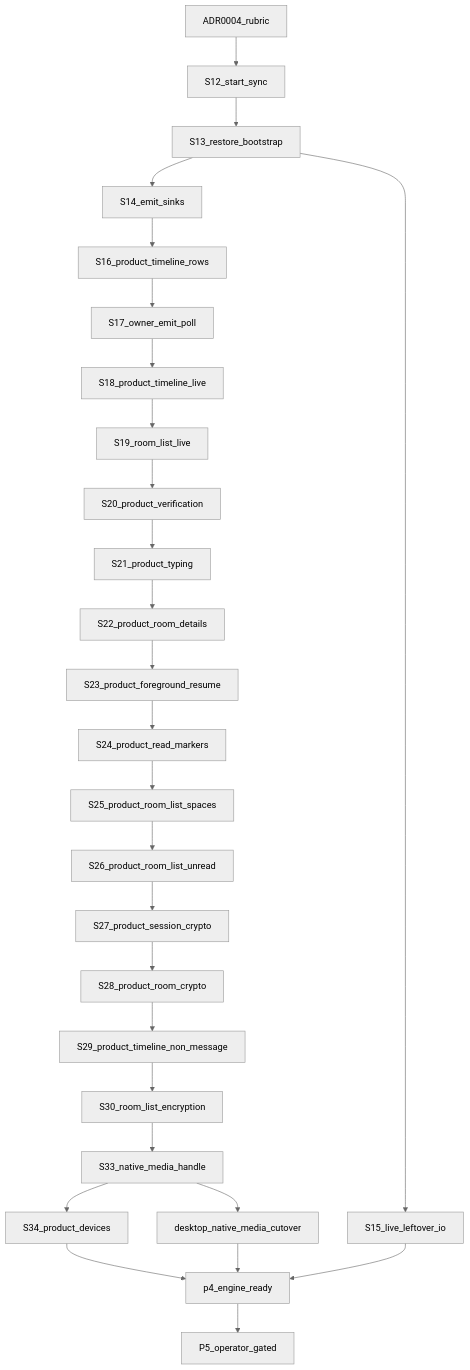
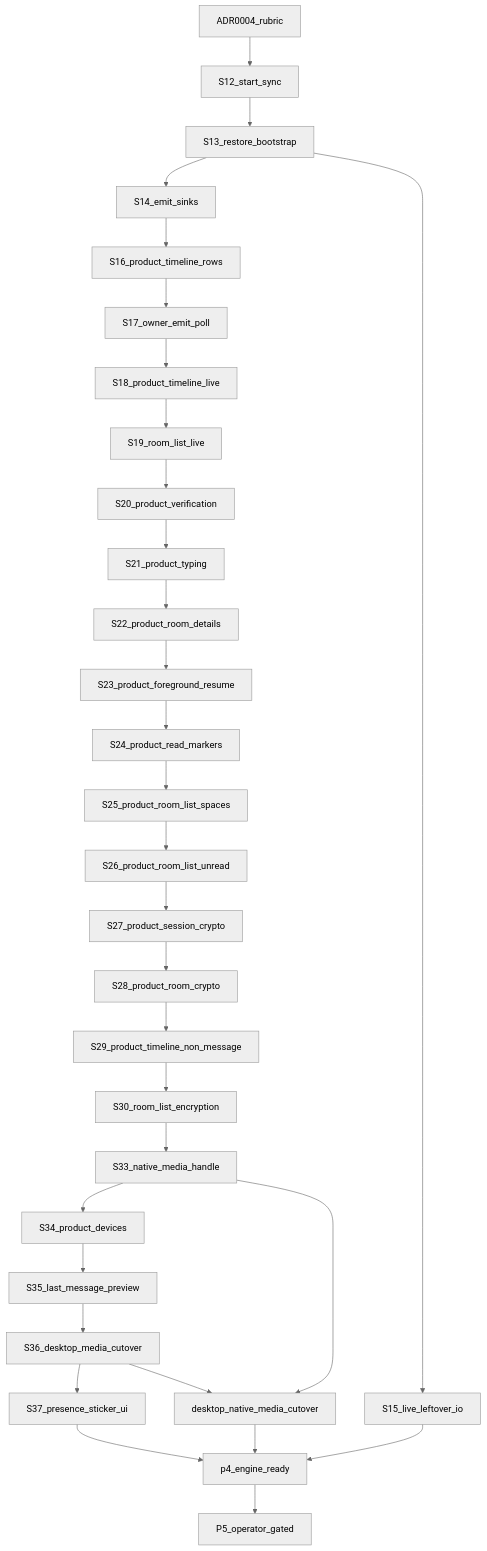
The diagram in docs/shared-native-core/13-language-boundary-goal-graph.md (nepenth/synara-desktop), drawn with Mermaid (neutral theme) before and after one commit. The commit also changed other lines of this file and 31 other files, not shown here.

First line of the commit message:
feat(core): last-message previews, desktop media cutover, presence stickers (P4-S35–S37)

````diff
--- a/docs/shared-native-core/13-language-boundary-goal-graph.md
+++ b/docs/shared-native-core/13-language-boundary-goal-graph.md
@@ -46,55 +46,62 @@
 ```mermaid
 flowchart TD
   adr0004[ADR0004_rubric]
   s12[S12_start_sync]
   s13[S13_restore_bootstrap]
   s14[S14_emit_sinks]
   s15[S15_live_leftover_io]
   s16[S16_product_timeline_rows]
   s17[S17_owner_emit_poll]
   s18[S18_product_timeline_live]
   s19[S19_room_list_live]
   s20[S20_product_verification]
   s21[S21_product_typing]
   s22[S22_product_room_details]
   s23[S23_product_foreground_resume]
   s24[S24_product_read_markers]
   s25[S25_product_room_list_spaces]
   s26[S26_product_room_list_unread]
   s27[S27_product_session_crypto]
   s28[S28_product_room_crypto]
   s29[S29_product_timeline_non_message]
   s30[S30_room_list_encryption]
   s33[S33_native_media_handle]
   s34[S34_product_devices]
+  s35[S35_last_message_preview]
+  s36[S36_desktop_media_cutover]
+  s37[S37_presence_sticker_ui]
   media[desktop_native_media_cutover]
   done[p4_engine_ready]
   p5[P5_operator_gated]
 
   adr0004 --> s12
   s12 --> s13
   s13 --> s14
   s13 --> s15
   s14 --> s16
   s16 --> s17
   s17 --> s18
   s18 --> s19
   s19 --> s20
   s20 --> s21
   s21 --> s22
   s22 --> s23
   s23 --> s24
   s24 --> s25
   s25 --> s26
   s26 --> s27
   s27 --> s28
   s28 --> s29
   s29 --> s30
   s30 --> s33
   s33 --> s34
-  s34 --> done
+  s34 --> s35
+  s35 --> s36
+  s36 --> s37
+  s37 --> done
   s33 --> media
+  s36 --> media
   s15 --> done
   media --> done
   done --> p5
 ```
````
